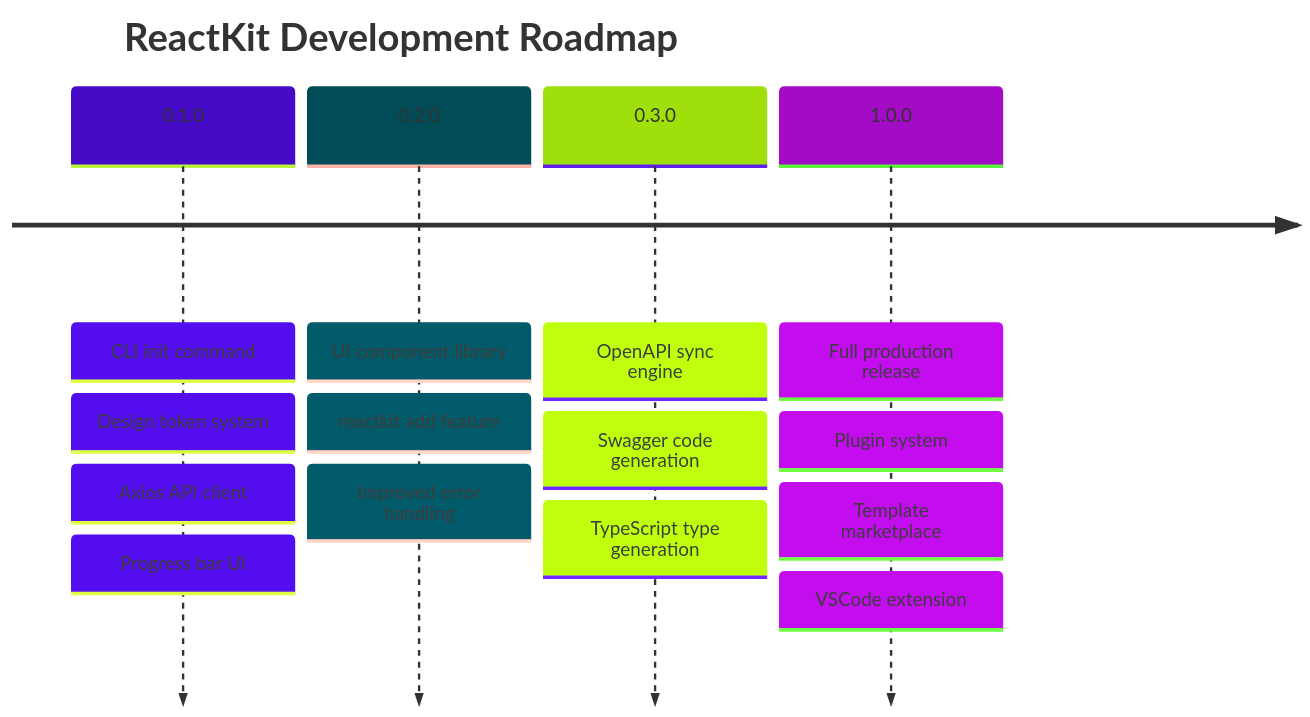
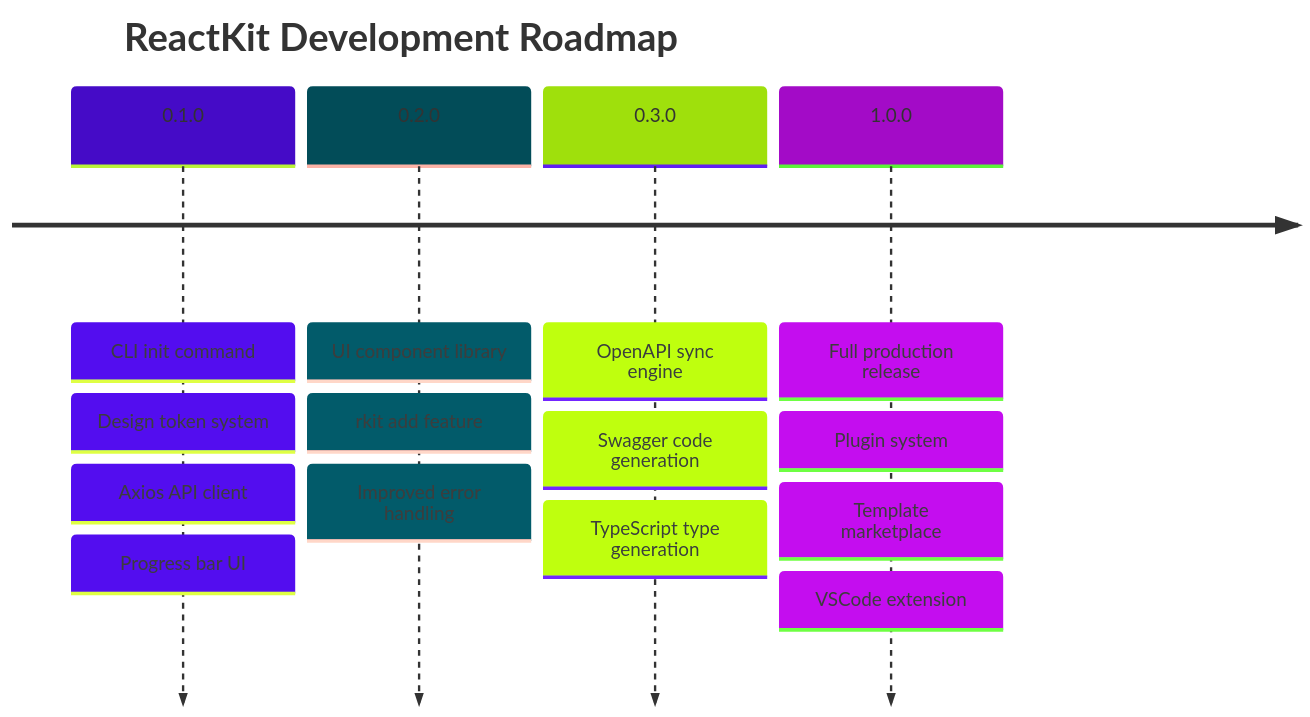
Before and after one commit to Saksham21s/scaffkit: the diagram in CONTRIBUTING.md, drawn with Mermaid. The commit also changed other lines of this file and 34 other files, not shown here.

````diff
--- a/CONTRIBUTING.md
+++ b/CONTRIBUTING.md
@@ -224,19 +224,19 @@
 ```mermaid
 %%{init: {'theme': 'base', 'themeVariables': { 'primaryColor': '#8b5cf6', 'secondaryColor': '#06b6d4', 'lineColor': '#a78bfa'}}}%%
 timeline
     title ReactKit Development Roadmap
     0.1.0 : CLI init command
            : Design token system
            : Axios API client
            : Progress bar UI
     0.2.0 : UI component library
-           : reactkit add feature
+           : rkit add feature
            : Improved error handling
     0.3.0 : OpenAPI sync engine
            : Swagger code generation
            : TypeScript type generation
     1.0.0 : Full production release
            : Plugin system
            : Template marketplace
            : VSCode extension
 ```
````
